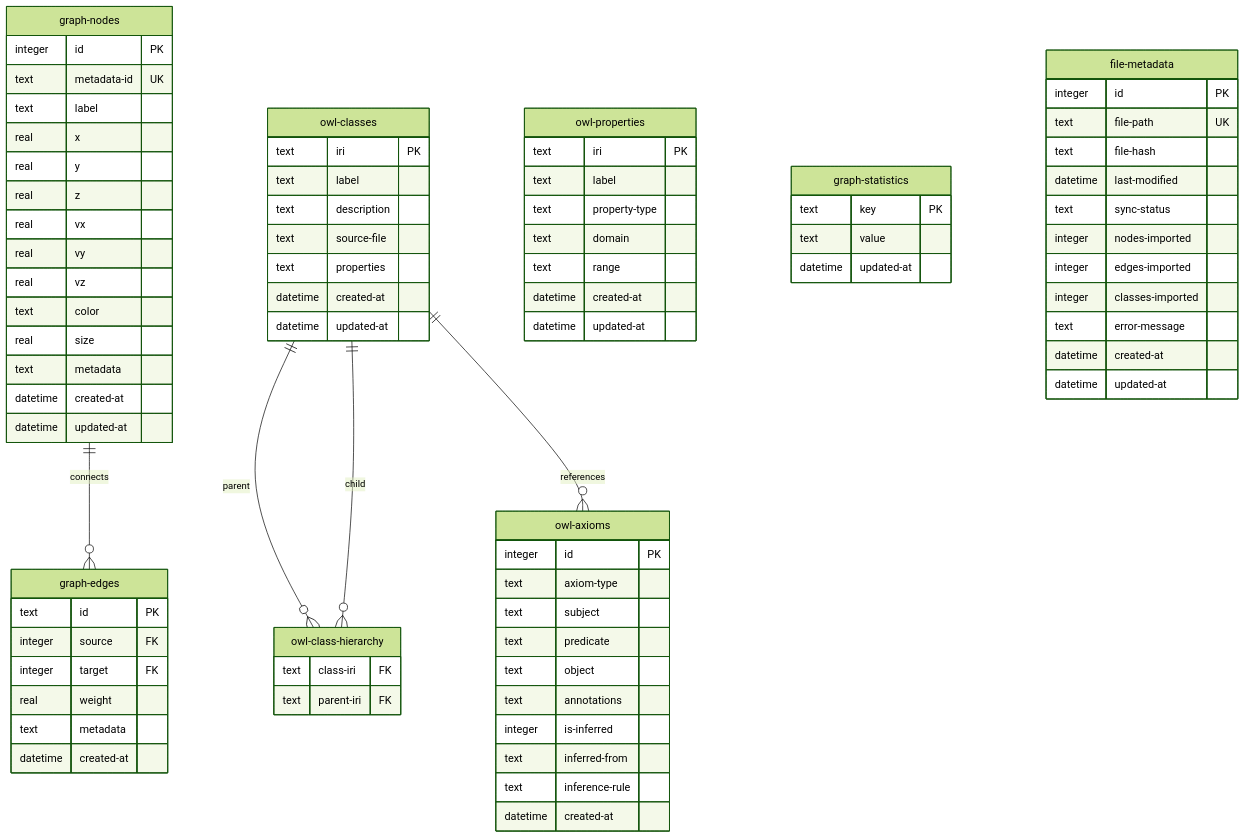
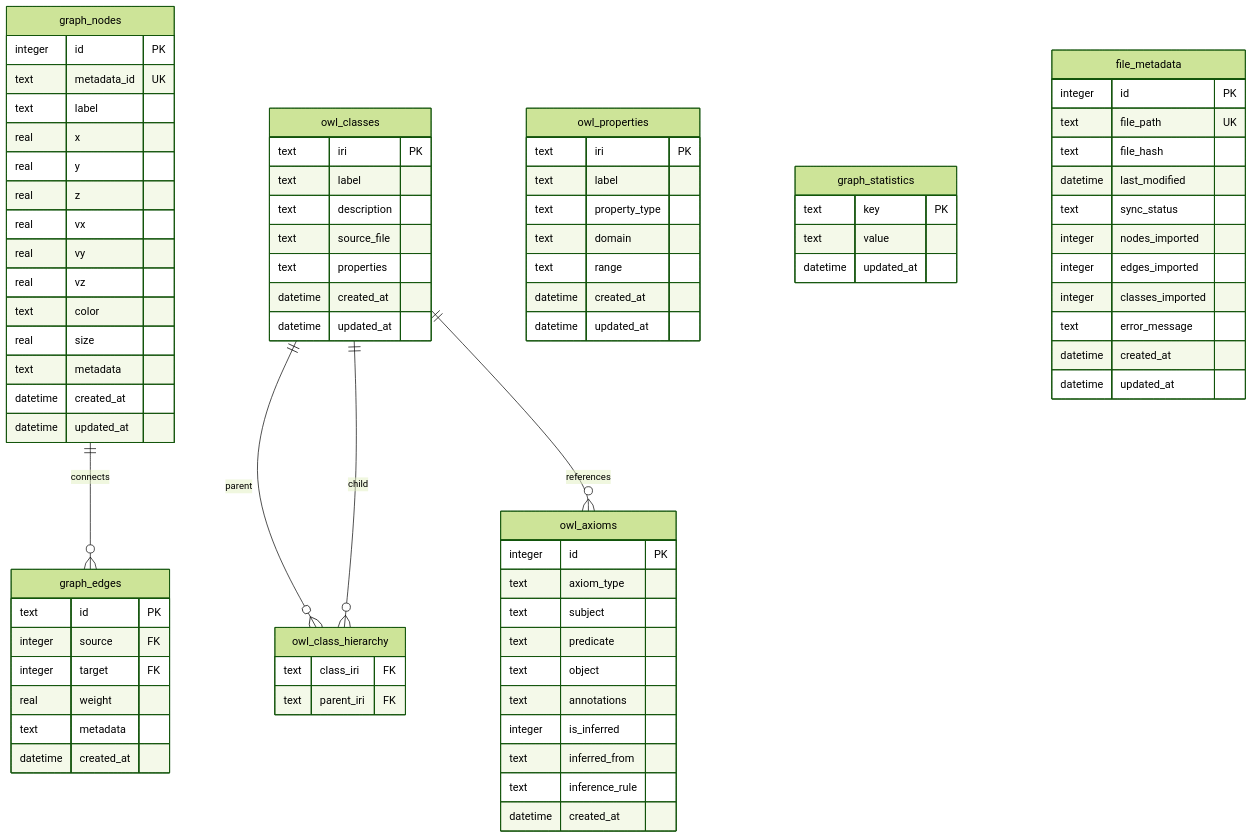
Before and after one commit to DreamLab-AI/VisionFlow: the first of 2 diagrams in docs/concepts/architecture/04-database-schemas.md, drawn with Mermaid (forest theme). The commit also changed 287 other files, not shown here.

````diff
--- a/docs/concepts/architecture/04-database-schemas.md
+++ b/docs/concepts/architecture/04-database-schemas.md
@@ -306,9 +306,9 @@
 ```mermaid
 erDiagram
-    graph-nodes ||--o{ graph-edges : "connects"
-    graph-nodes {
+    graph_nodes ||--o{ graph_edges : "connects"
+    graph_nodes {
         integer id PK
-        text metadata-id UK
+        text metadata_id UK
         text label
         real x
         real y
@@ -319,78 +319,78 @@
         text color
         real size
         text metadata
-        datetime created-at
-        datetime updated-at
+        datetime created_at
+        datetime updated_at
     }
 
-    graph-edges {
+    graph_edges {
         text id PK
         integer source FK
         integer target FK
         real weight
         text metadata
-        datetime created-at
+        datetime created_at
     }
 
-    owl-classes ||--o{ owl-class-hierarchy : "parent"
-    owl-classes ||--o{ owl-class-hierarchy : "child"
-    owl-classes ||--o{ owl-axioms : "references"
+    owl_classes ||--o{ owl_class_hierarchy : "parent"
+    owl_classes ||--o{ owl_class_hierarchy : "child"
+    owl_classes ||--o{ owl_axioms : "references"
 
-    owl-classes {
+    owl_classes {
         text iri PK
         text label
         text description
-        text source-file
+        text source_file
         text properties
-        datetime created-at
-        datetime updated-at
+        datetime created_at
+        datetime updated_at
     }
 
-    owl-class-hierarchy {
-        text class-iri FK
-        text parent-iri FK
+    owl_class_hierarchy {
+        text class_iri FK
+        text parent_iri FK
     }
 
-    owl-properties {
+    owl_properties {
         text iri PK
         text label
-        text property-type
+        text property_type
         text domain
         text range
-        datetime created-at
-        datetime updated-at
+        datetime created_at
+        datetime updated_at
     }
 
-    owl-axioms {
+    owl_axioms {
         integer id PK
-        text axiom-type
+        text axiom_type
         text subject
         text predicate
         text object
         text annotations
-        integer is-inferred
-        text inferred-from
-        text inference-rule
-        datetime created-at
+        integer is_inferred
+        text inferred_from
+        text inference_rule
+        datetime created_at
     }
 
-    graph-statistics {
+    graph_statistics {
         text key PK
         text value
-        datetime updated-at
+        datetime updated_at
     }
 
-    file-metadata {
+    file_metadata {
         integer id PK
-        text file-path UK
-        text file-hash
-        datetime last-modified
-        text sync-status
-        integer nodes-imported
-        integer edges-imported
-        integer classes-imported
-        text error-message
-        datetime created-at
-        datetime updated-at
+        text file_path UK
+        text file_hash
+        datetime last_modified
+        text sync_status
+        integer nodes_imported
+        integer edges_imported
+        integer classes_imported
+        text error_message
+        datetime created_at
+        datetime updated_at
     }
 ```
````
